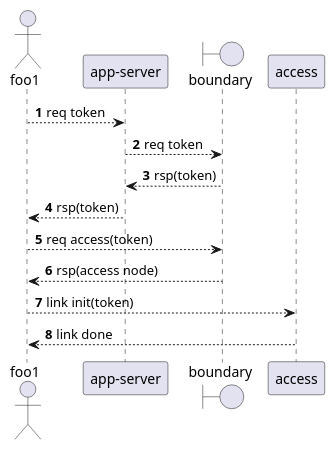
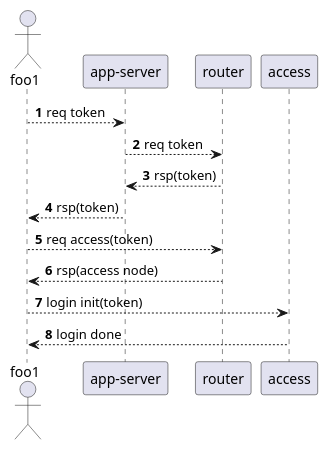
One commit to raven-im/raven changed the diagram in doc/一期设计文档/uml/access.puml. Above: the diagram before and after it, drawn with PlantUML. The commit also changed 6 other files, not shown here.

```diff
--- a/doc/一期设计文档/uml/access.puml
+++ b/doc/一期设计文档/uml/access.puml
@@ -1,18 +1,18 @@
 @startuml
 
 actor "foo1" as client
 participant "app-server" as app
-boundary "boundary" as border
+participant "router" as border
 participant "access"
 
 autonumber
 client --> app: req token
 app --> border: req token
 border --> app: rsp(token)
 app --> client: rsp(token)
 client --> border: req access(token)
 border --> client: rsp(access node)
-client --> access: link init(token)
-access --> client: link done
+client --> access: login init(token)
+access --> client: login done
 
 @enduml
```
